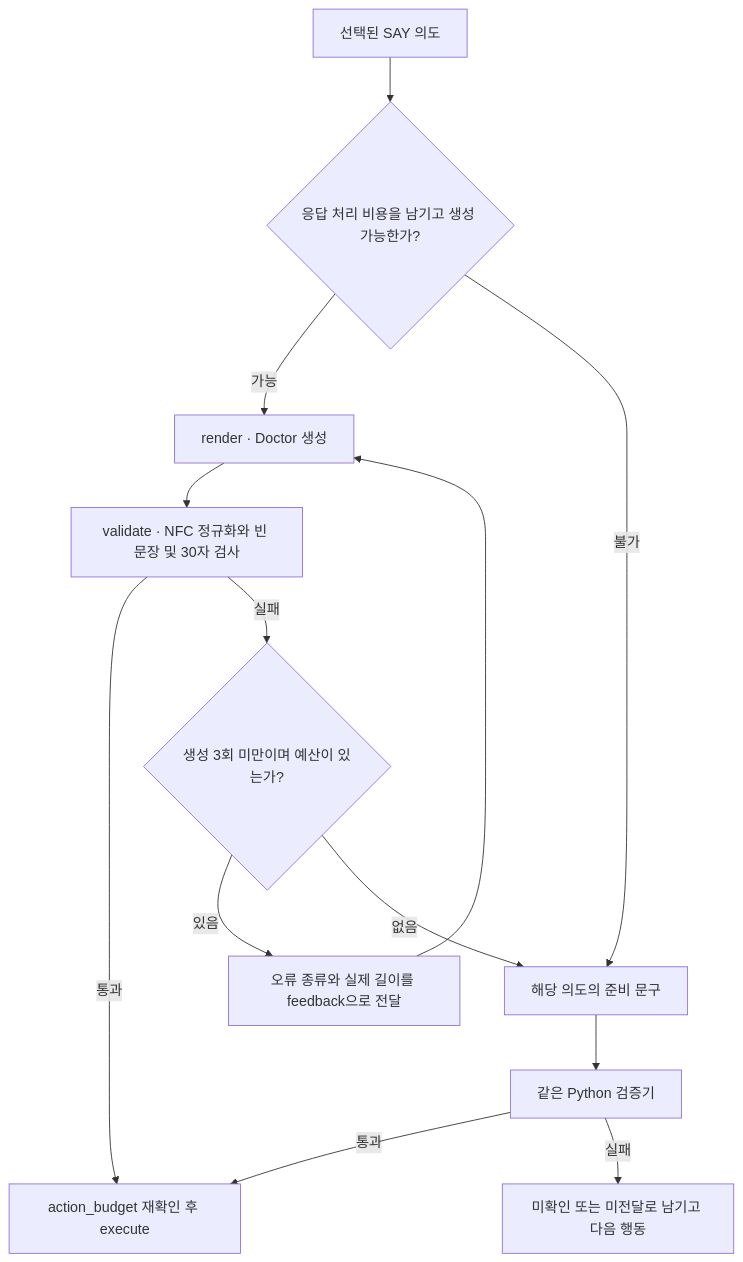
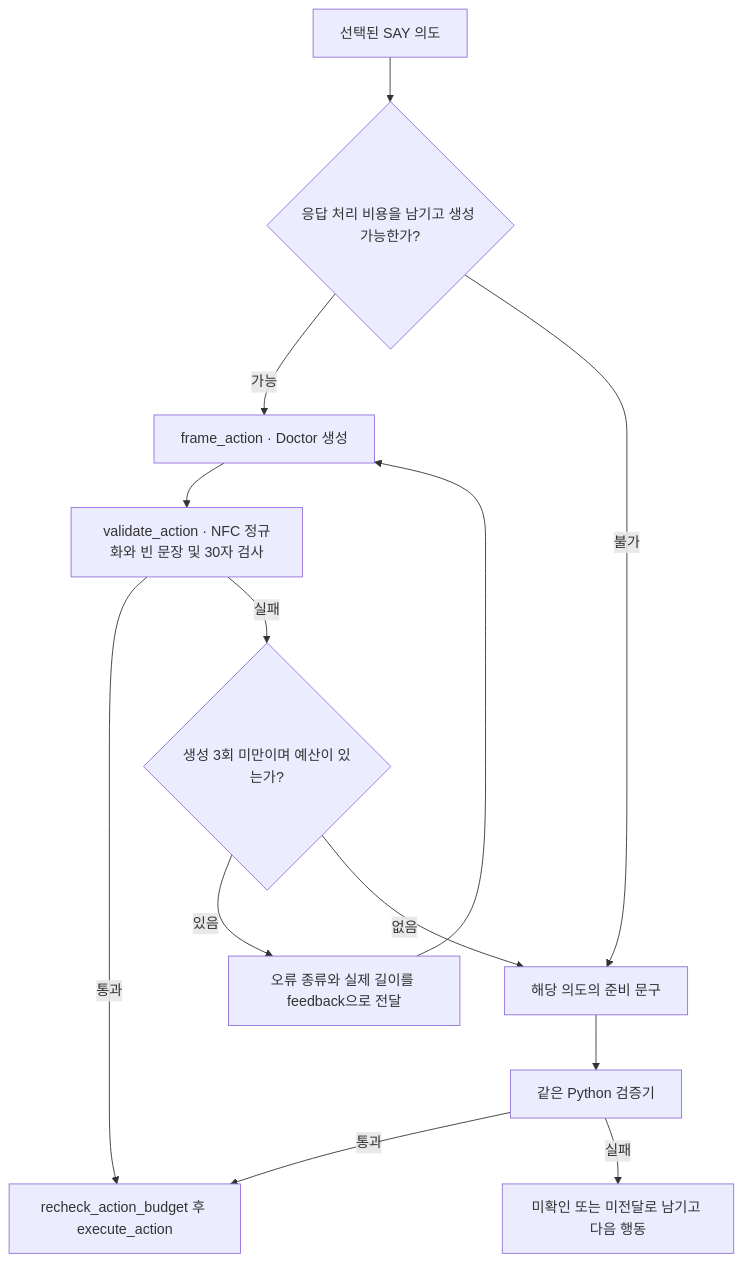
The third of 3 diagrams in submission/README.md (devRestain/Ontoward), drawn with Mermaid before and after one commit. The commit also changed other lines of this file and 50 other files, not shown here.

````diff
--- a/submission/README.md
+++ b/submission/README.md
@@ -144,15 +146,15 @@
 ```mermaid
 flowchart TD
     Q["선택된 SAY 의도"] --> B{"응답 처리 비용을 남기고 생성 가능한가?"}
-    B -->|가능| R["render · Doctor 생성"]
-    R --> V["validate · NFC 정규화와 빈 문장 및 30자 검사"]
-    V -->|통과| X["action_budget 재확인 후 execute"]
+    B -->|가능| R["frame_action · Doctor 생성"]
+    R --> V["validate_action · NFC 정규화와 빈 문장 및 30자 검사"]
+    V -->|통과| X["recheck_action_budget 후 execute_action"]
     V -->|실패| N{"생성 3회 미만이며 예산이 있는가?"}
     N -->|있음| F["오류 종류와 실제 길이를 feedback으로 전달"]
     F --> R
     N -->|없음| P["해당 의도의 준비 문구"]
     B -->|불가| P
     P --> PV["같은 Python 검증기"]
     PV -->|통과| X
     PV -->|실패| U["미확인 또는 미전달로 남기고 다음 행동"]
 ```
````
